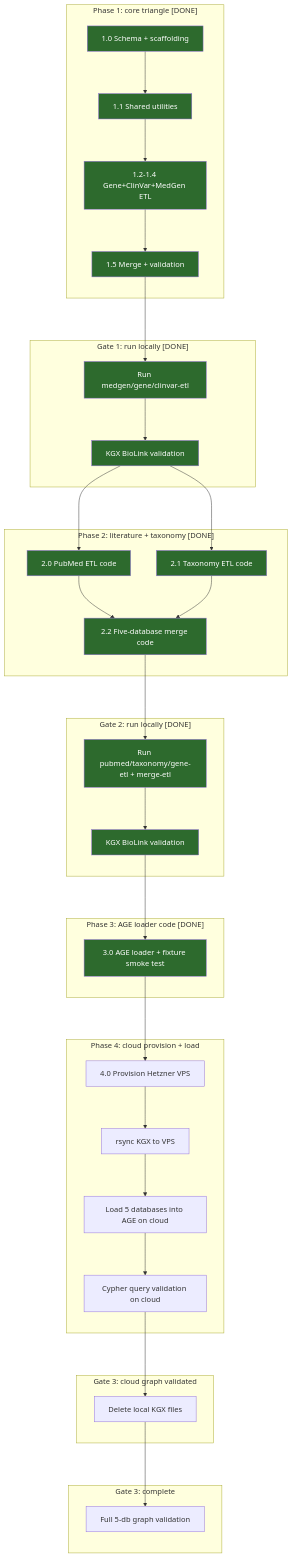
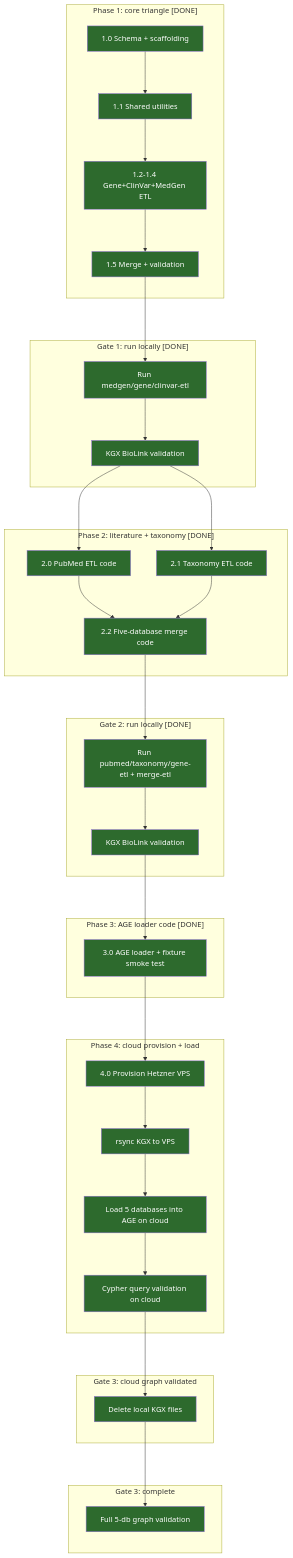
The diagram in docs/bossman_execution_plan.md (monideep2255/agentic-search-ui), drawn with Mermaid before and after one commit. The commit also changed other lines of this file and 12 other files, not shown here.

First line of the commit message:
Phase 4.0 + Gate 3 PASSED: 5-database AGE graph live + queryable

````diff
--- a/docs/bossman_execution_plan.md
+++ b/docs/bossman_execution_plan.md
@@ -27,67 +27,73 @@
 ```mermaid
 %%{init: {'flowchart': {'nodeSpacing': 55, 'rankSpacing': 90, 'padding': 15, 'useMaxWidth': true, 'htmlLabels': true}}}%%
 graph TD
     subgraph "Phase 1: core triangle [DONE]"
         P10[1.0 Schema + scaffolding]
         P11[1.1 Shared utilities]
         P12[1.2-1.4 Gene+ClinVar+MedGen ETL]
         P15[1.5 Merge + validation]
         P10 --> P11 --> P12 --> P15
     end
 
     subgraph "Gate 1: run locally [DONE]"
         G1R[Run medgen/gene/clinvar-etl]
         G1V[KGX BioLink validation]
         P15 --> G1R --> G1V
     end
 
     subgraph "Phase 2: literature + taxonomy [DONE]"
         P20[2.0 PubMed ETL code]
         P21[2.1 Taxonomy ETL code]
         P22[2.2 Five-database merge code]
         G1V --> P20 & P21
         P20 & P21 --> P22
     end
 
     subgraph "Gate 2: run locally [DONE]"
         G2R[Run pubmed/taxonomy/gene-etl + merge-etl]
         G2V[KGX BioLink validation]
         P22 --> G2R --> G2V
     end
 
     subgraph "Phase 3: AGE loader code [DONE]"
         P30[3.0 AGE loader + fixture smoke test]
         G2V --> P30
     end
 
     subgraph "Phase 4: cloud provision + load"
         P40[4.0 Provision Hetzner VPS]
         P40R[rsync KGX to VPS]
         P40L[Load 5 databases into AGE on cloud]
         P40Q[Cypher query validation on cloud]
         P30 --> P40 --> P40R --> P40L --> P40Q
     end
 
     subgraph "Gate 3: cloud graph validated"
         G3D[Delete local KGX files]
         P40Q --> G3D
     end
 
     subgraph "Gate 3: complete"
         G4V[Full 5-db graph validation]
         G3D --> G4V
     end
 
     style P10 fill:#2d6a2d,color:#fff
     style P11 fill:#2d6a2d,color:#fff
     style P12 fill:#2d6a2d,color:#fff
     style P15 fill:#2d6a2d,color:#fff
     style G1R fill:#2d6a2d,color:#fff
     style G1V fill:#2d6a2d,color:#fff
     style P20 fill:#2d6a2d,color:#fff
     style P21 fill:#2d6a2d,color:#fff
     style P22 fill:#2d6a2d,color:#fff
     style G2R fill:#2d6a2d,color:#fff
     style G2V fill:#2d6a2d,color:#fff
     style P30 fill:#2d6a2d,color:#fff
+    style P40 fill:#2d6a2d,color:#fff
+    style P40R fill:#2d6a2d,color:#fff
+    style P40L fill:#2d6a2d,color:#fff
+    style P40Q fill:#2d6a2d,color:#fff
+    style G3D fill:#2d6a2d,color:#fff
+    style G4V fill:#2d6a2d,color:#fff
 ```
````
